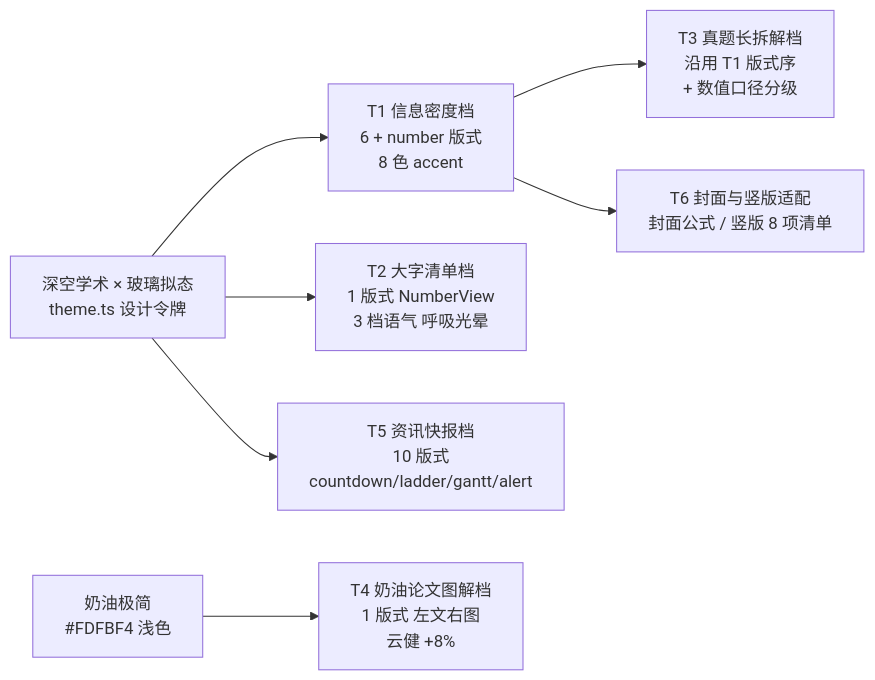
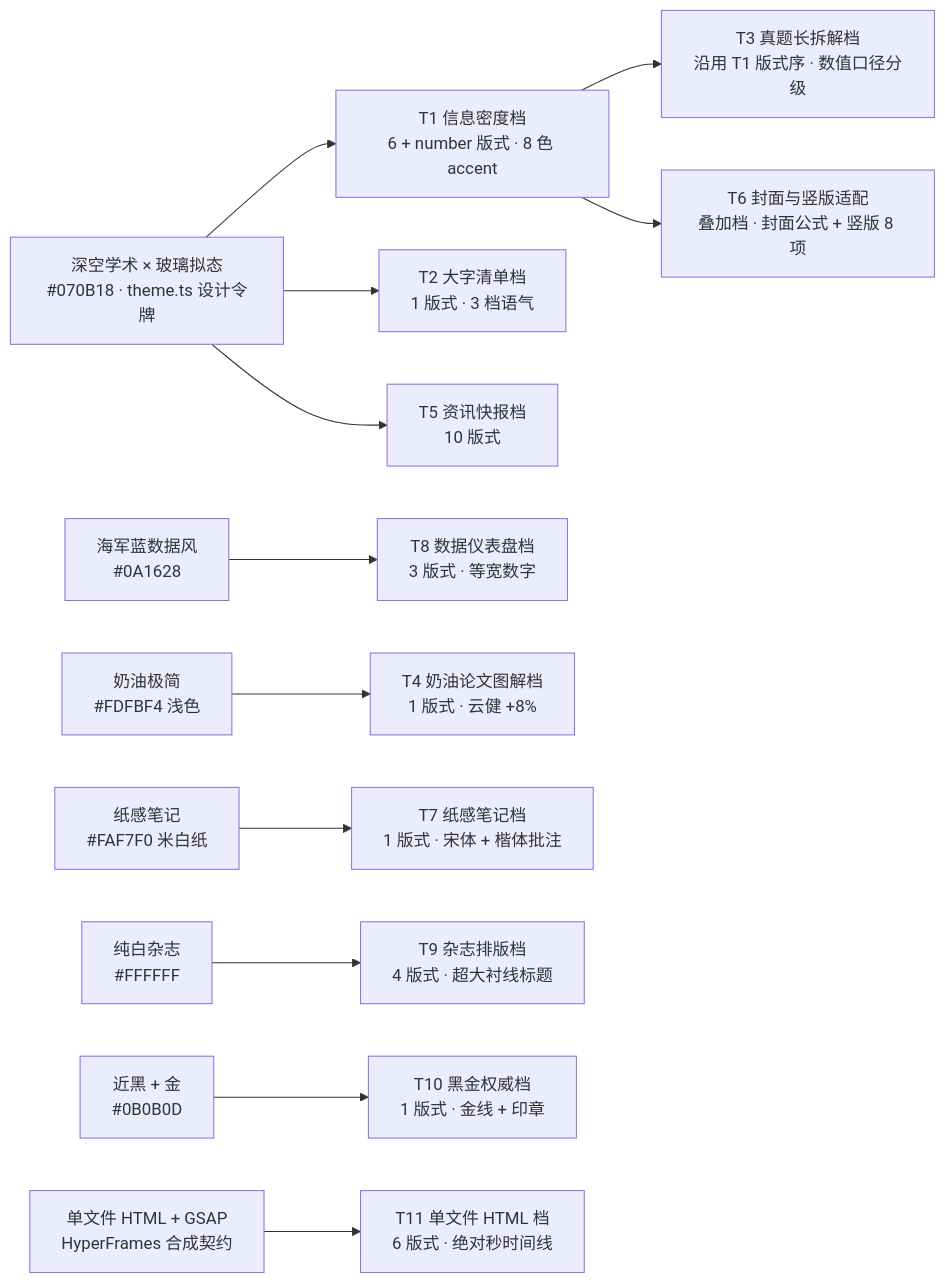
One commit to SpenBug/mcm-video-pipeline changed the eighth of 9 diagrams in docs/flowcharts.md. Above: the diagram before and after it, drawn with Mermaid. The commit also changed other lines of this file and 27 other files, not shown here.

First line of the commit message:
feat: 新增 T11 单文件 HTML + GSAP 档（跨后端）+ 更新说明

````diff
--- a/docs/flowcharts.md
+++ b/docs/flowcharts.md
@@ -273,11 +294,16 @@
 ```mermaid
 flowchart LR
-    DNA["深空学术 × 玻璃拟态<br/>theme.ts 设计令牌"] --> T1["T1 信息密度档<br/>6 + number 版式<br/>8 色 accent"]
-    DNA --> T2["T2 大字清单档<br/>1 版式 NumberView<br/>3 档语气 呼吸光晕"]
-    DNA --> T5["T5 资讯快报档<br/>10 版式<br/>countdown/ladder/gantt/alert"]
+    DNA["深空学术 × 玻璃拟态<br/>#070B18 · theme.ts 设计令牌"] --> T1["T1 信息密度档<br/>6 + number 版式 · 8 色 accent"]
+    DNA --> T2["T2 大字清单档<br/>1 版式 · 3 档语气"]
+    DNA --> T5["T5 资讯快报档<br/>10 版式"]
 
-    T1 --> T3["T3 真题长拆解档<br/>沿用 T1 版式序<br/>+ 数值口径分级"]
-    T1 --> T6["T6 封面与竖版适配<br/>封面公式 / 竖版 8 项清单"]
+    T1 --> T3["T3 真题长拆解档<br/>沿用 T1 版式序 · 数值口径分级"]
+    T1 --> T6["T6 封面与竖版适配<br/>叠加档 · 封面公式 + 竖版 8 项"]
 
-    Cream["奶油极简<br/>#FDFBF4 浅色"] --> T4["T4 奶油论文图解档<br/>1 版式 左文右图<br/>云健 +8%"]
+    Navy["海军蓝数据风<br/>#0A1628"] --> T8["T8 数据仪表盘档<br/>3 版式 · 等宽数字"]
+    Cream["奶油极简<br/>#FDFBF4 浅色"] --> T4["T4 奶油论文图解档<br/>1 版式 · 云健 +8%"]
+    Paper["纸感笔记<br/>#FAF7F0 米白纸"] --> T7["T7 纸感笔记档<br/>1 版式 · 宋体 + 楷体批注"]
+    White["纯白杂志<br/>#FFFFFF"] --> T9["T9 杂志排版档<br/>4 版式 · 超大衬线标题"]
+    Ink["近黑 + 金<br/>#0B0B0D"] --> T10["T10 黑金权威档<br/>1 版式 · 金线 + 印章"]
+    HTMLB["单文件 HTML + GSAP<br/>HyperFrames 合成契约"] --> T11["T11 单文件 HTML 档<br/>6 版式 · 绝对秒时间线"]
 ```
````
